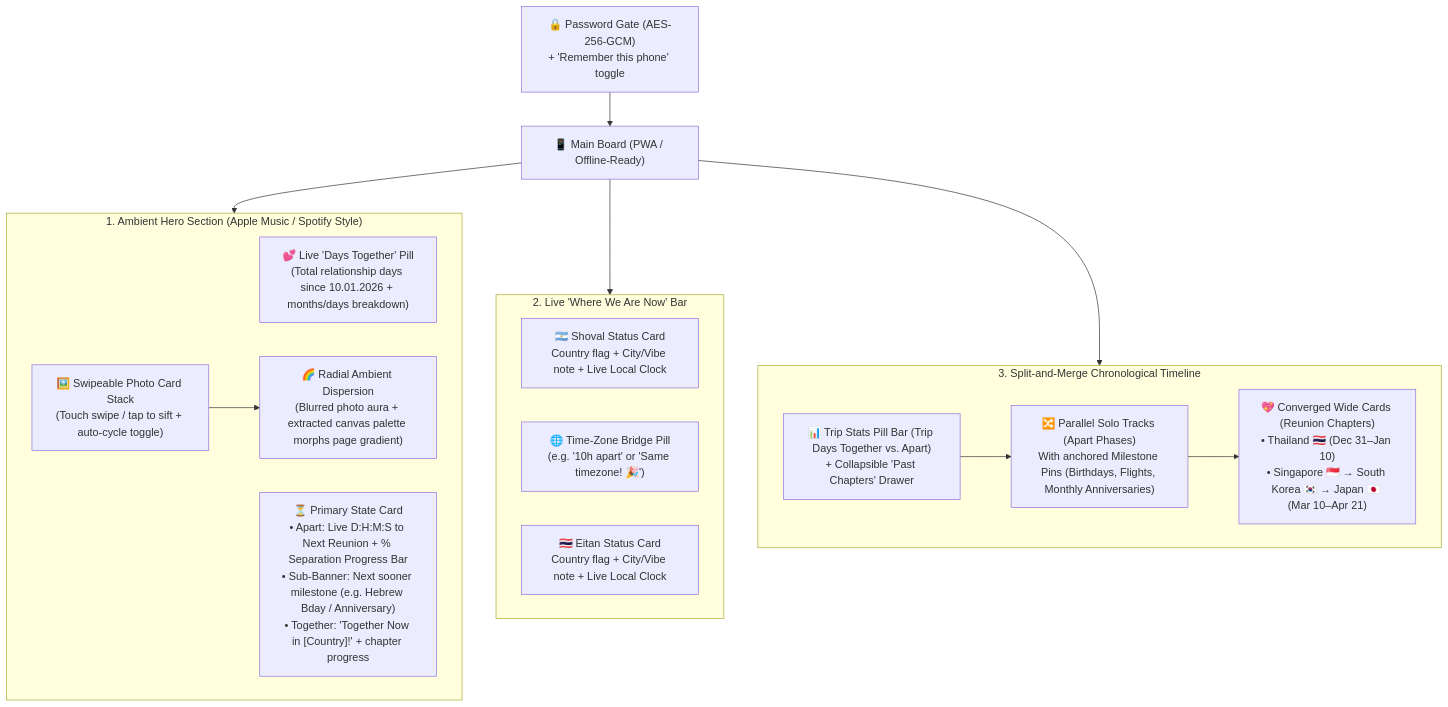
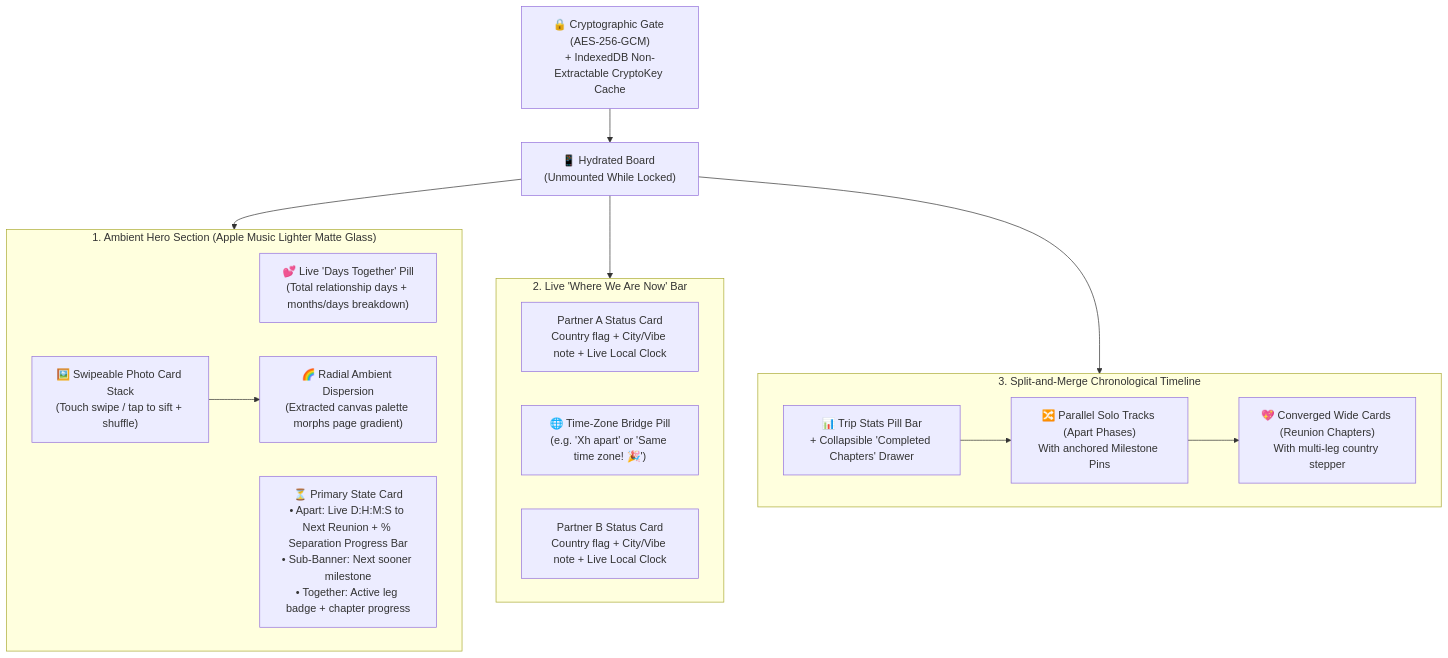
Before and after one commit to eitangarner/trip-countdown: the diagram in PLAN.md, drawn with Mermaid. The commit also changed other lines of this file and 21 other files, not shown here.

Commit message:
feat: implement 4-color luminous palette mesh and full-viewport liquid photo aura

````diff
--- a/PLAN.md
+++ b/PLAN.md
@@ -41,29 +20,29 @@
 ```mermaid
 flowchart TD
-    Lock["🔒 Password Gate (AES-256-GCM)\n+ 'Remember this phone' toggle"] --> App["📱 Main Board (PWA / Offline-Ready)"]
+    Lock["🔒 Cryptographic Gate (AES-256-GCM)\n+ IndexedDB Non-Extractable CryptoKey Cache"] --> App["📱 Hydrated Board (Unmounted While Locked)"]
     
-    subgraph Hero["1. Ambient Hero Section (Apple Music / Spotify Style)"]
-        TogetherCounter["💕 Live 'Days Together' Pill\n(Total relationship days since 10.01.2026 + months/days breakdown)"]
-        PhotoStack["🖼️ Swipeable Photo Card Stack\n(Touch swipe / tap to sift + auto-cycle toggle)"]
-        AmbientGlow["🌈 Radial Ambient Dispersion\n(Blurred photo aura + extracted canvas palette morphs page gradient)"]
-        CountdownCard["⏳ Primary State Card\n• Apart: Live D:H:M:S to Next Reunion + % Separation Progress Bar\n• Sub-Banner: Next sooner milestone (e.g. Hebrew Bday / Anniversary)\n• Together: 'Together Now in [Country]!' + chapter progress"]
+    subgraph Hero["1. Ambient Hero Section (Apple Music Lighter Matte Glass)"]
+        TogetherCounter["💕 Live 'Days Together' Pill\n(Total relationship days + months/days breakdown)"]
+        PhotoStack["🖼️ Swipeable Photo Card Stack\n(Touch swipe / tap to sift + shuffle)"]
+        AmbientGlow["🌈 Radial Ambient Dispersion\n(Extracted canvas palette morphs page gradient)"]
+        CountdownCard["⏳ Primary State Card\n• Apart: Live D:H:M:S to Next Reunion + % Separation Progress Bar\n• Sub-Banner: Next sooner milestone\n• Together: Active leg badge + chapter progress"]
         PhotoStack --> AmbientGlow
     end
 
     subgraph Status["2. Live 'Where We Are Now' Bar"]
-        ShovalCard["🇦🇷 Shoval Status Card\nCountry flag + City/Vibe note + Live Local Clock"]
-        TzBridge["🌐 Time-Zone Bridge Pill\n(e.g. '10h apart' or 'Same timezone! 🎉')"]
-        EitanCard["🇹🇭 Eitan Status Card\nCountry flag + City/Vibe note + Live Local Clock"]
+        PrimaryCard["Partner A Status Card\nCountry flag + City/Vibe note + Live Local Clock"]
+        TzBridge["🌐 Time-Zone Bridge Pill\n(e.g. 'Xh apart' or 'Same time zone! 🎉')"]
+        SecondaryCard["Partner B Status Card\nCountry flag + City/Vibe note + Live Local Clock"]
     end
 
     subgraph Timeline["3. Split-and-Merge Chronological Timeline"]
-        StatsBar["📊 Trip Stats Pill Bar (Trip Days Together vs. Apart)\n+ Collapsible 'Past Chapters' Drawer"]
-        SplitTrack["🔀 Parallel Solo Tracks (Apart Phases)\nWith anchored Milestone Pins (Birthdays, Flights, Monthly Anniversaries)"]
-        MergeCard["💖 Converged Wide Cards (Reunion Chapters)\n• Thailand 🇹🇭 (Dec 31–Jan 10)\n• Singapore 🇸🇬 → South Korea 🇰🇷 → Japan 🇯🇵 (Mar 10–Apr 21)"]
+        StatsBar["📊 Trip Stats Pill Bar\n+ Collapsible 'Completed Chapters' Drawer"]
+        SplitTrack["🔀 Parallel Solo Tracks (Apart Phases)\nWith anchored Milestone Pins"]
+        MergeCard["💖 Converged Wide Cards (Reunion Chapters)\nWith multi-leg country stepper"]
         StatsBar --> SplitTrack --> MergeCard
     end
 
     App --> Hero
     App --> Status
     App --> Timeline
 ```
````
